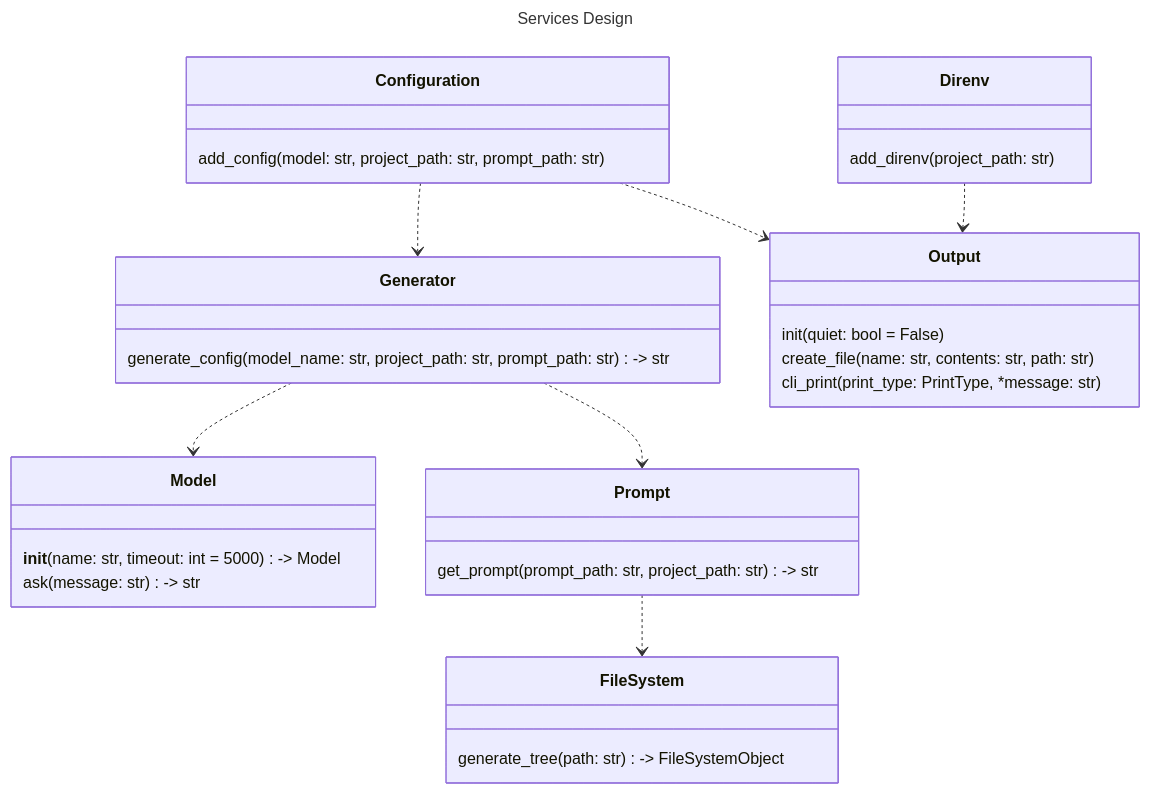
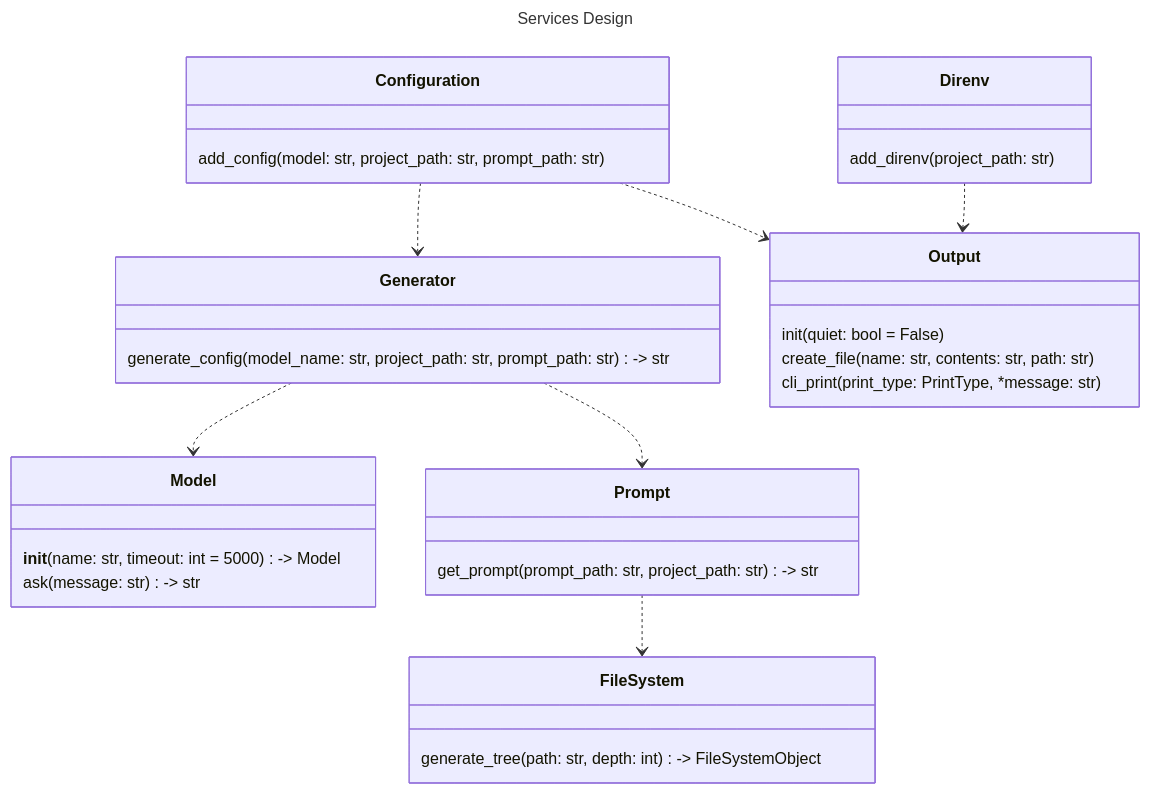
Before and after one commit to Oldranda1414/AutoDev: the diagram in docs/assets/src/services_design.mmd, drawn with Mermaid. The commit also changed 8 other files, not shown here.

```diff
--- a/docs/assets/src/services_design.mmd
+++ b/docs/assets/src/services_design.mmd
@@ -1,42 +1,42 @@
 ---
 title: Services Design
 ---
 classDiagram
 
     class Configuration {
         add_config(model: str, project_path: str, prompt_path: str) 
     }
 
     class Direnv {
         add_direnv(project_path: str)
     }
 
     class Generator {
         generate_config(model_name: str, project_path: str, prompt_path: str) -> str
     }
 
     class Model {
         __init__(name: str, timeout: int = 5000) -> Model
         ask(message: str) -> str
     }
 
     class Prompt {
         get_prompt(prompt_path: str, project_path: str) -> str
     }
 
     class Output {
         init(quiet: bool = False)
         create_file(name: str, contents: str, path: str)
         cli_print(print_type: PrintType, *message: str)
     }
 
     class FileSystem {
-        generate_tree(path: str) -> FileSystemObject
+        generate_tree(path: str, depth: int) -> FileSystemObject
     }
 
     Direnv ..> Output
     Configuration ..> Output
     Configuration ..> Generator
     Generator ..> Model
     Generator ..> Prompt
     Prompt ..> FileSystem
```
